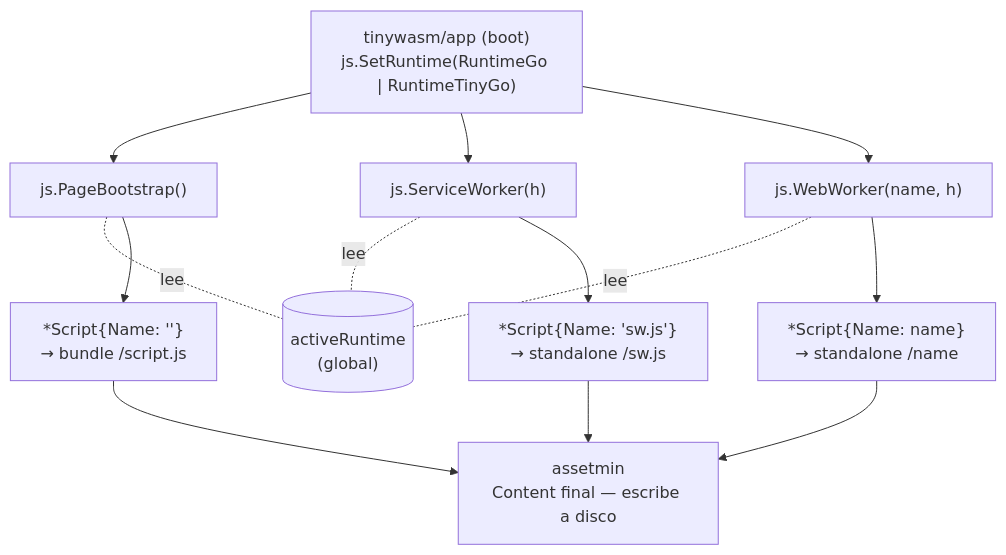
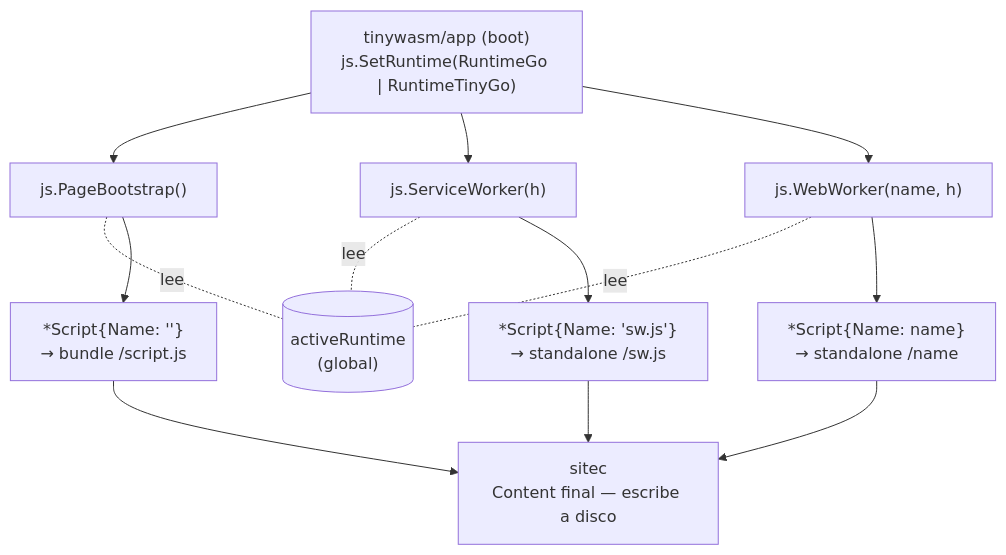
Before and after one commit to tinywasm/js: the first of 3 diagrams in docs/ARCHITECTURE.md, drawn with Mermaid. The commit also changed other lines of this file and 1 other file, not shown here.

Commit message:
docs: tinywasm/assetmin and tinywasm/client are archived; the role is tinywasm/sitec

````diff
--- a/docs/ARCHITECTURE.md
+++ b/docs/ARCHITECTURE.md
@@ -5,21 +5,21 @@
 ```mermaid
 flowchart TD
     APP["tinywasm/app (boot)\njs.SetRuntime(RuntimeGo | RuntimeTinyGo)"]
 
     APP --> PB["js.PageBootstrap()"]
     APP --> SW["js.ServiceWorker(h)"]
     APP --> WW["js.WebWorker(name, h)"]
 
     RT[("activeRuntime\n(global)")]
     PB -.lee.- RT
     SW -.lee.- RT
     WW -.lee.- RT
 
     PB --> S1["*Script{Name: ''}\n→ bundle /script.js"]
     SW --> S2["*Script{Name: 'sw.js'}\n→ standalone /sw.js"]
     WW --> S3["*Script{Name: name}\n→ standalone /name"]
 
-    S1 --> AM["assetmin\nContent final — escribe a disco"]
+    S1 --> AM["sitec\nContent final — escribe a disco"]
     S2 --> AM
     S3 --> AM
 ```
````
